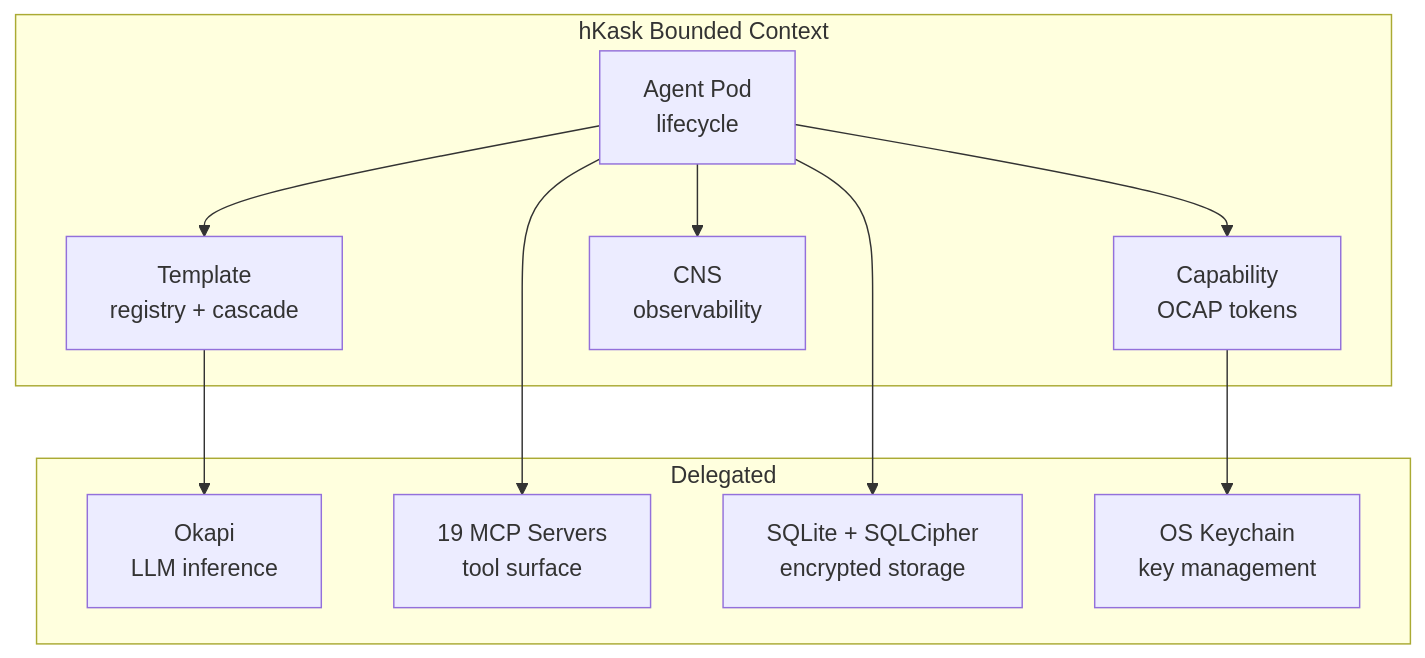
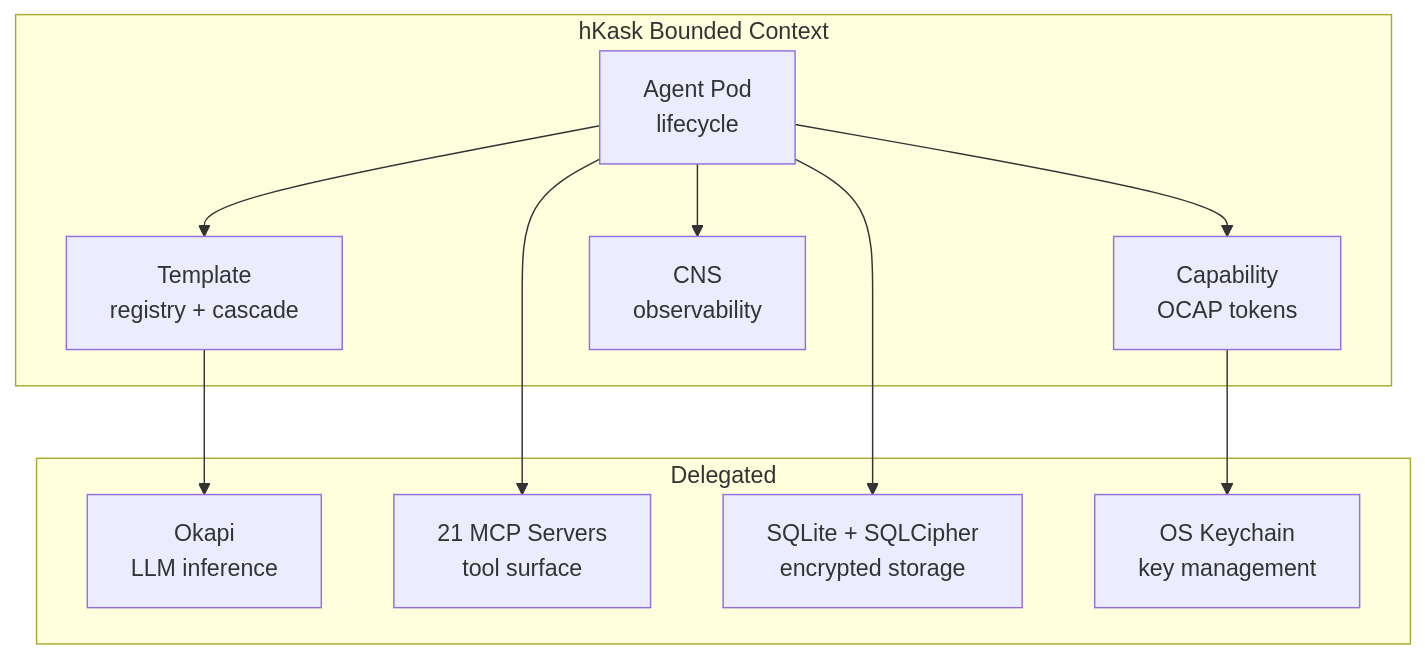
Before and after one commit to mdz-axo/hKask: the first of 4 diagrams in docs/architecture/domain-and-capability.md, drawn with Mermaid. The commit also changed other lines of this file and 87 other files, not shown here.

````diff
--- a/docs/architecture/domain-and-capability.md
+++ b/docs/architecture/domain-and-capability.md
@@ -37,24 +37,24 @@
 ```mermaid
 graph TD
     subgraph BoundedContext["hKask Bounded Context"]
         POD["Agent Pod<br/>lifecycle"]
         CAP["Capability<br/>OCAP tokens"]
         TPL["Template<br/>registry + cascade"]
         CNS["CNS<br/>observability"]
     end
 
     subgraph Delegated["Delegated"]
         OKAPI["Okapi<br/>LLM inference"]
-        MCP_EXT["19 MCP Servers<br/>tool surface"]
+        MCP_EXT["21 MCP Servers<br/>tool surface"]
         SQLITE["SQLite + SQLCipher<br/>encrypted storage"]
         KEYCHAIN["OS Keychain<br/>key management"]
     end
 
     POD --> CAP
     POD --> TPL
     POD --> CNS
     TPL --> OKAPI
     POD --> MCP_EXT
     POD --> SQLITE
     CAP --> KEYCHAIN
 ```
````
